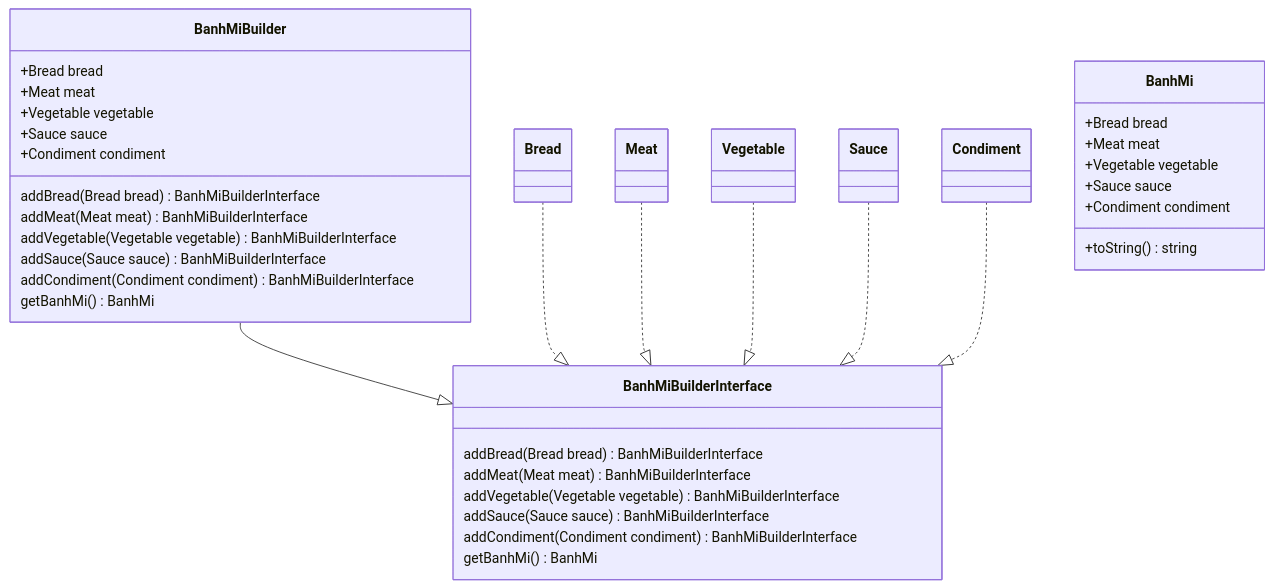
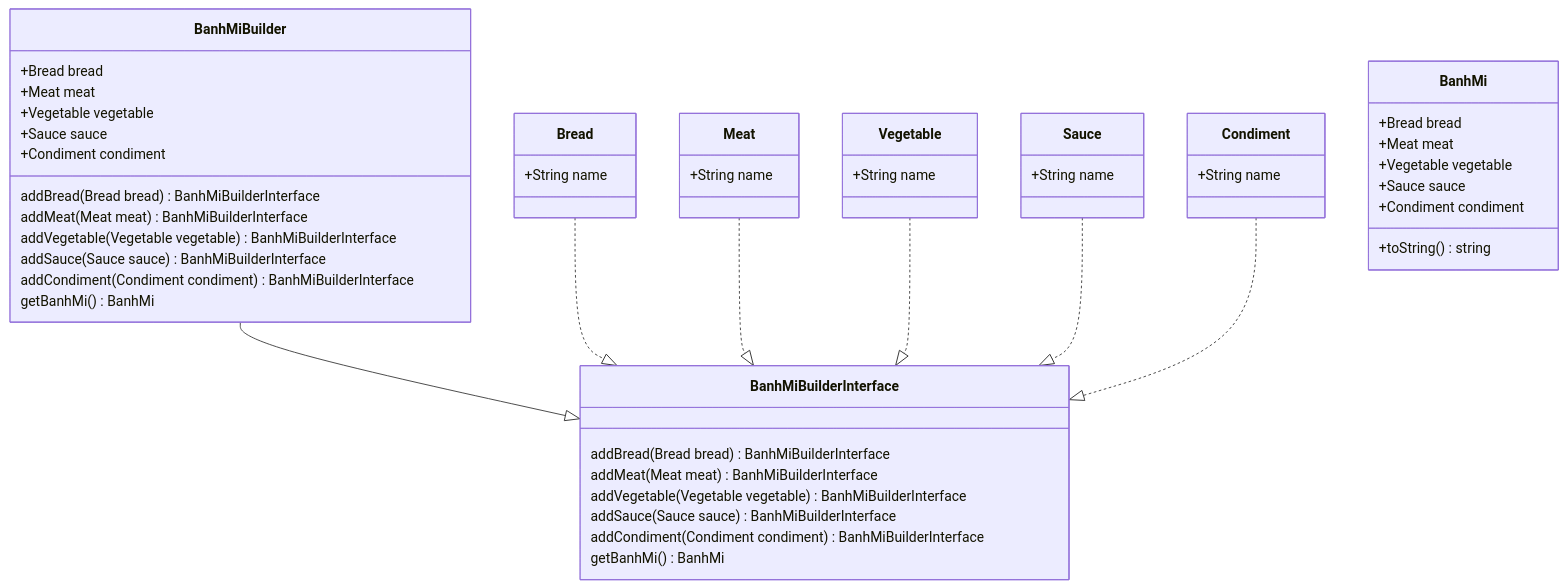
The diagram in README.md (ngtrdai/example-builder-design-pattern), drawn with Mermaid before and after one commit.

Commit message:
Edit UML diagram

````diff
--- a/README.md
+++ b/README.md
@@ -6,44 +6,63 @@
 ```mermaid
 classDiagram
     BanhMiBuilder --|> BanhMiBuilderInterface
     Bread ..|> BanhMiBuilderInterface
     Meat ..|> BanhMiBuilderInterface
     Vegetable ..|> BanhMiBuilderInterface
     Sauce ..|> BanhMiBuilderInterface
     Condiment ..|> BanhMiBuilderInterface
 
     class BanhMi {
         +Bread bread
         +Meat meat
         +Vegetable vegetable
         +Sauce sauce
         +Condiment condiment
 
         +toString() string
     }
 
     class BanhMiBuilderInterface {
         addBread(Bread bread) BanhMiBuilderInterface
         addMeat(Meat meat) BanhMiBuilderInterface
         addVegetable(Vegetable vegetable) BanhMiBuilderInterface
         addSauce(Sauce sauce) BanhMiBuilderInterface
         addCondiment(Condiment condiment) BanhMiBuilderInterface
         getBanhMi() BanhMi
     }
 
     class BanhMiBuilder {
         +Bread bread
         +Meat meat
         +Vegetable vegetable
         +Sauce sauce
         +Condiment condiment
 
         addBread(Bread bread) BanhMiBuilderInterface
         addMeat(Meat meat) BanhMiBuilderInterface
         addVegetable(Vegetable vegetable) BanhMiBuilderInterface
         addSauce(Sauce sauce) BanhMiBuilderInterface
         addCondiment(Condiment condiment) BanhMiBuilderInterface
         getBanhMi() BanhMi
     }
 
+    class Bread {
+        +String name
+    }
+
+    class Meat {
+        +String name
+    }
+
+    class Vegetable {
+        +String name
+    }
+
+    class Sauce {
+        +String name
+    }
+
+    class Condiment {
+        +String name
+    }
 ```
````
